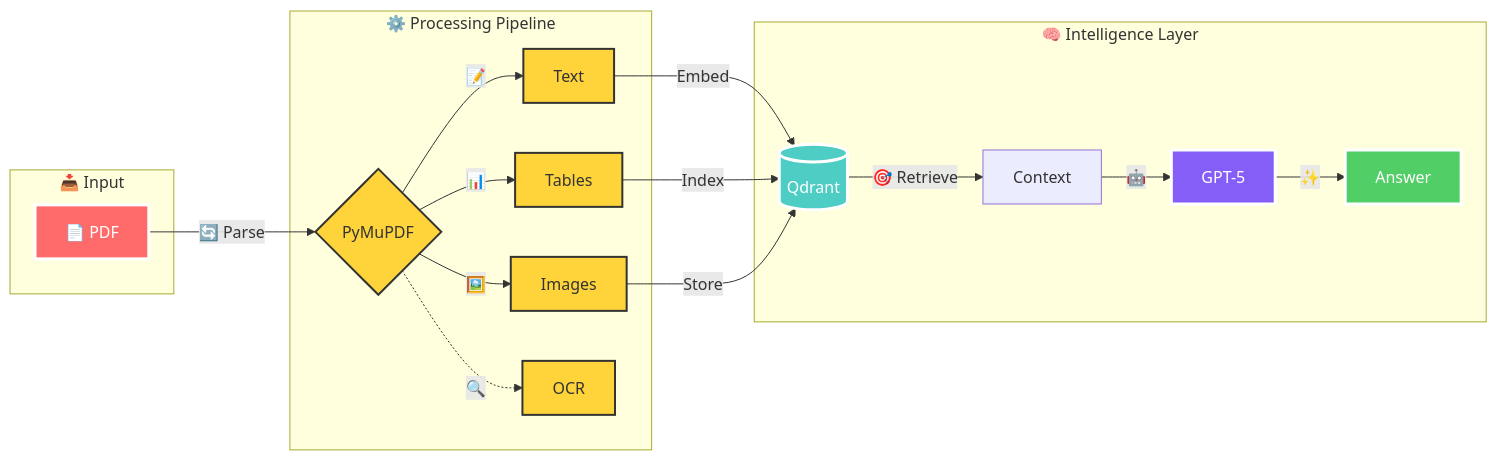
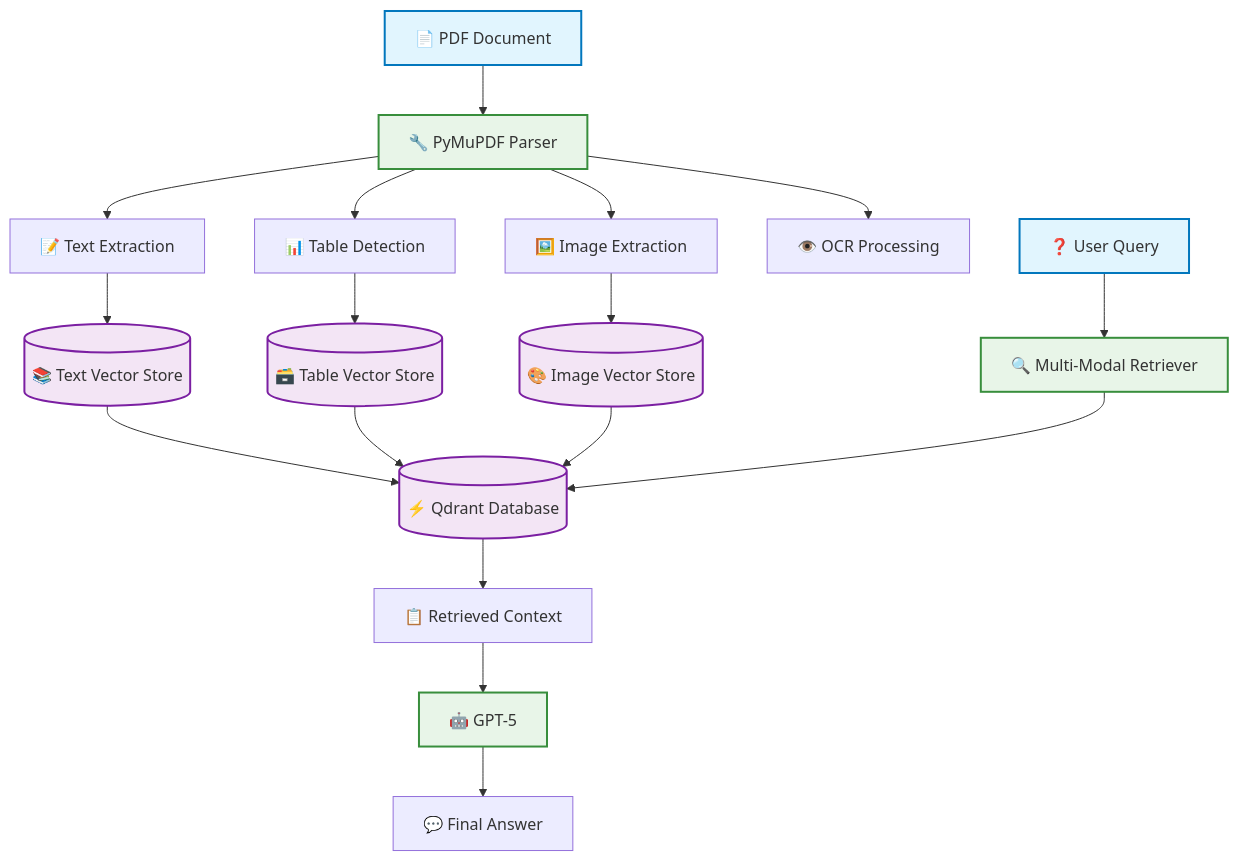
Before and after one commit to Harry-231/Fastest-multimodal-rag-using-gpt-5: the first of 2 diagrams in README.md, drawn with Mermaid. The commit also changed other lines of this file and 1 other file, not shown here.

````diff
--- a/README.md
+++ b/README.md
@@ -54,31 +23,31 @@
 ```mermaid
-graph LR
-    subgraph "📥 Input"
-        PDF[📄 PDF]
-    end
+graph TB
+    PDF[📄 PDF Document] --> Parser[🔧 PyMuPDF Parser]
     
-    subgraph "⚙️ Processing Pipeline"
-        PDF -->|🔄 Parse| Parser{PyMuPDF}
-        Parser -->|📝| Text[Text]
-        Parser -->|📊| Tables[Tables]
-        Parser -->|🖼️| Images[Images]
-        Parser -.->|🔍| OCR[OCR]
-    end
+    Parser --> Text[📝 Text Extraction]
+    Parser --> Tables[📊 Table Detection]  
+    Parser --> Images[🖼️ Image Extraction]
+    Parser --> OCR[👁️ OCR Processing]
     
-    subgraph "🧠 Intelligence Layer"
-        Text -->|Embed| VDB[(Qdrant)]
-        Tables -->|Index| VDB
-        Images -->|Store| VDB
-        VDB -->|🎯 Retrieve| Context[Context]
-        Context -->|🤖| GPT[GPT-5]
-        GPT -->|✨| Answer[Answer]
-    end
+    Text --> TextStore[(📚 Text Vector Store)]
+    Tables --> TableStore[(🗃️ Table Vector Store)]
+    Images --> ImageStore[(🎨 Image Vector Store)]
     
-    style PDF fill:#ff6b6b,stroke:#fff,stroke-width:3px,color:#fff
-    style Answer fill:#51cf66,stroke:#fff,stroke-width:3px,color:#fff
-    style VDB fill:#4ecdc4,stroke:#fff,stroke-width:3px,color:#fff
-    style GPT fill:#845ef7,stroke:#fff,stroke-width:3px,color:#fff
+    TextStore --> Qdrant[(⚡ Qdrant Database)]
+    TableStore --> Qdrant
+    ImageStore --> Qdrant
     
-    classDef processing fill:#ffd43b,stroke:#333,stroke-width:2px
-    class Parser,Text,Tables,Images,OCR processing
+    Query[❓ User Query] --> Retriever[🔍 Multi-Modal Retriever]
+    Retriever --> Qdrant
+    Qdrant --> Context[📋 Retrieved Context]
+    Context --> GPT5[🤖 GPT-5]
+    GPT5 --> Response[💬 Final Answer]
+    
+    classDef primary fill:#e1f5fe,stroke:#0277bd,stroke-width:2px
+    classDef storage fill:#f3e5f5,stroke:#7b1fa2,stroke-width:2px
+    classDef process fill:#e8f5e8,stroke:#388e3c,stroke-width:2px
+    
+    class PDF,Query primary
+    class Qdrant,TextStore,TableStore,ImageStore storage
+    class Parser,Retriever,GPT5 process
 ```
````
